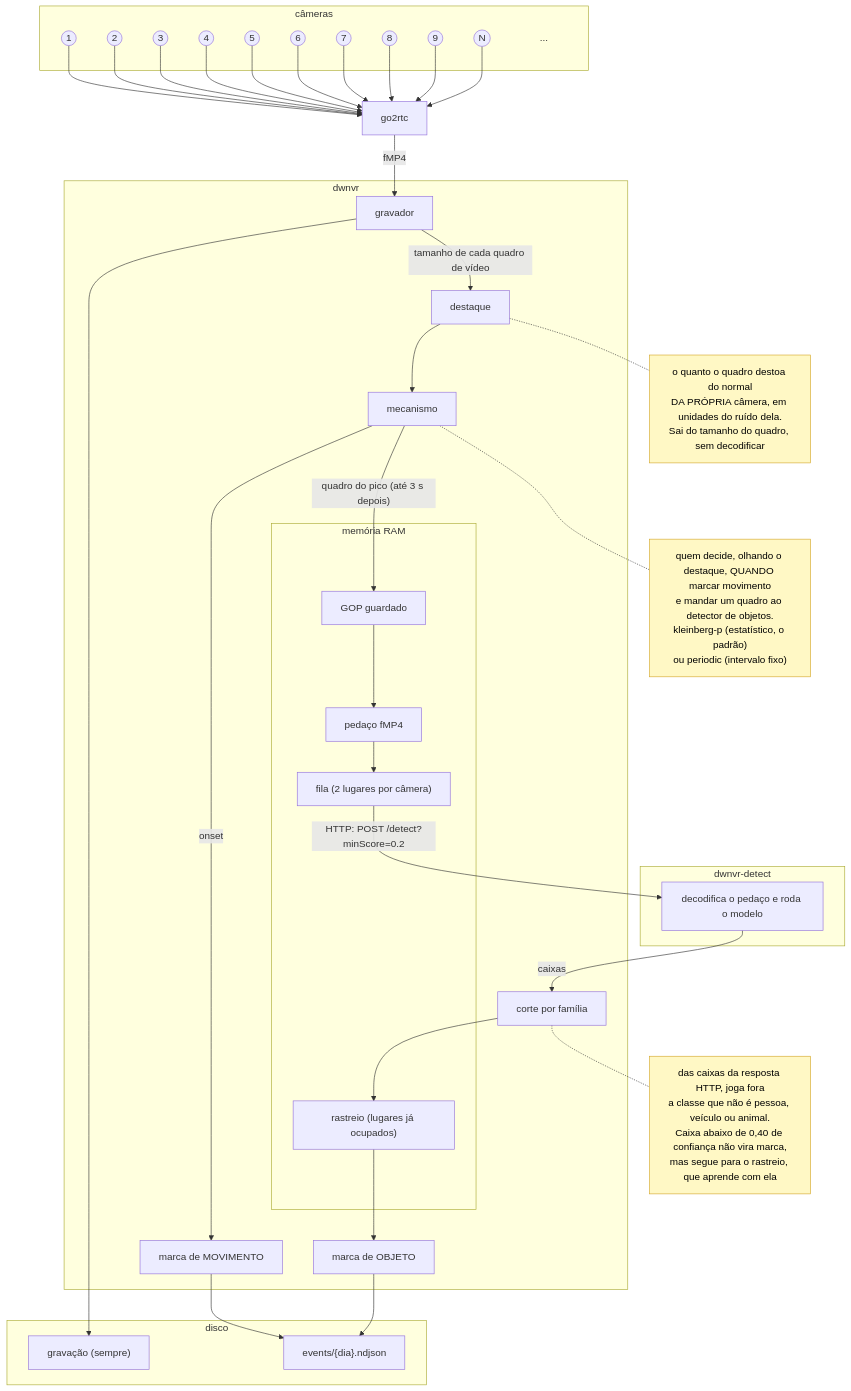
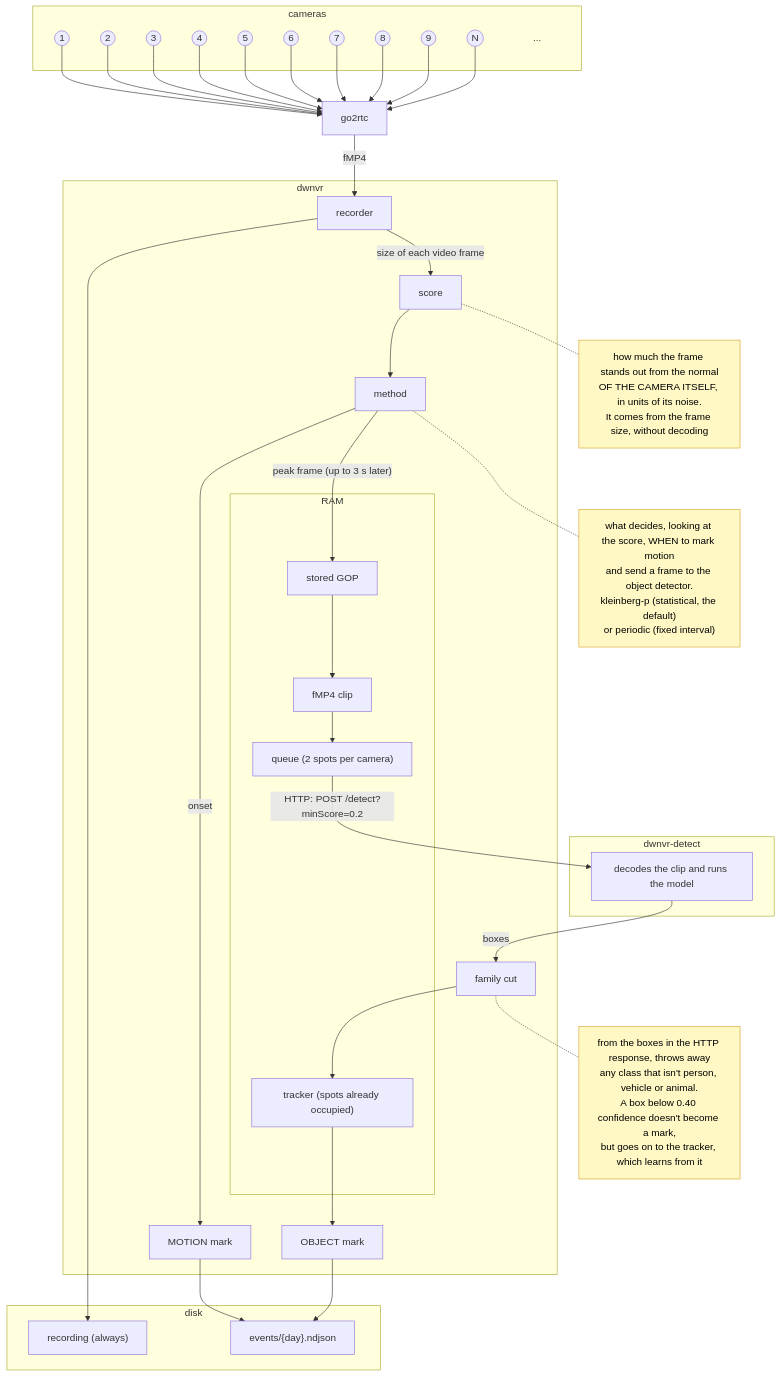
One commit to mhagnumdw/dwnvr changed the diagram in docs/detection.md. Above: the diagram before and after it, drawn with Mermaid. The commit also changed other lines of this file and 21 other files, not shown here.

````diff
--- a/docs/detection.md
+++ b/docs/detection.md
@@ -71,67 +72,67 @@
 ```mermaid
 flowchart TD
-    subgraph cameras["câmeras"]
+    subgraph cameras["cameras"]
         cam1((1))
         cam2((2))
         cam3((3))
         cam4((4))
         cam5((5))
         cam6((6))
         cam7((7))
         cam8((8))
         cam9((9))
-        camMais["..."]:::reticencias
+        camMore["..."]:::ellipsis
         camN((N))
     end
     cam1 & cam2 & cam3 & cam4 & cam5 & cam6 & cam7 & cam8 & cam9 & camN --> go2rtc
-    camMais ~~~ go2rtc
-    classDef reticencias fill:none,stroke:none
-    go2rtc -->|fMP4| gravador
+    camMore ~~~ go2rtc
+    classDef ellipsis fill:none,stroke:none
+    go2rtc -->|fMP4| recorder
 
     subgraph dwnvr
-        gravador
-        destaque
-        mecanismo
-        movimento["marca de MOVIMENTO"]
-        corte["corte por família"]
-        objeto["marca de OBJETO"]
+        recorder
+        score
+        method
+        motion["MOTION mark"]
+        cut["family cut"]
+        object["OBJECT mark"]
 
-        subgraph ram["memória RAM"]
-            gop["GOP guardado"]
-            pedaco["pedaço fMP4"]
-            fila["fila (2 lugares por câmera)"]
-            rastreio["rastreio (lugares já ocupados)"]
+        subgraph ram["RAM"]
+            gop["stored GOP"]
+            clip["fMP4 clip"]
+            queue["queue (2 spots per camera)"]
+            tracker["tracker (spots already occupied)"]
         end
     end
 
     subgraph sidecar["dwnvr-detect"]
-        modelo["decodifica o pedaço e roda o modelo"]
+        model["decodes the clip and runs the model"]
     end
 
-    subgraph disco
-        gravacao["gravação (sempre)"]
-        eventos["events/{dia}.ndjson"]
+    subgraph disk
+        recording["recording (always)"]
+        events["events/{day}.ndjson"]
     end
 
-    gravador --> gravacao
-    gravador -->|tamanho de cada quadro de vídeo| destaque
-    destaque --> mecanismo
-    mecanismo -->|onset| movimento
-    mecanismo -->|"quadro do pico (até 3 s depois)"| gop
-    gop --> pedaco
-    pedaco --> fila
-    fila -->|"HTTP: POST /detect?minScore=0.2"| modelo
-    modelo -->|caixas| corte
-    corte --> rastreio
-    rastreio --> objeto
-    movimento --> eventos
-    objeto --> eventos
+    recorder --> recording
+    recorder -->|size of each video frame| score
+    score --> method
+    method -->|onset| motion
+    method -->|"peak frame (up to 3 s later)"| gop
+    gop --> clip
+    clip --> queue
+    queue -->|"HTTP: POST /detect?minScore=0.2"| model
+    model -->|boxes| cut
+    cut --> tracker
+    tracker --> object
+    motion --> events
+    object --> events
 
-    notaDestaque["o quanto o quadro destoa do normal<br>DA PRÓPRIA câmera, em unidades do ruído dela.<br>Sai do tamanho do quadro, sem decodificar"]:::nota
-    destaque -.- notaDestaque
-    notaMecanismo["quem decide, olhando o destaque, QUANDO marcar movimento<br>e mandar um quadro ao detector de objetos.<br>kleinberg-p (estatístico, o padrão)<br>ou periodic (intervalo fixo)"]:::nota
-    mecanismo -.- notaMecanismo
-    notaCorte["das caixas da resposta HTTP, joga fora<br>a classe que não é pessoa, veículo ou animal.<br>Caixa abaixo de 0,40 de confiança não vira marca,<br>mas segue para o rastreio, que aprende com ela"]:::nota
-    corte -.- notaCorte
-    classDef nota fill:#fff8c5,stroke:#d4a72c,color:#000
+    noteScore["how much the frame stands out from the normal<br>OF THE CAMERA ITSELF, in units of its noise.<br>It comes from the frame size, without decoding"]:::note
+    score -.- noteScore
+    noteMethod["what decides, looking at the score, WHEN to mark motion<br>and send a frame to the object detector.<br>kleinberg-p (statistical, the default)<br>or periodic (fixed interval)"]:::note
+    method -.- noteMethod
+    noteCut["from the boxes in the HTTP response, throws away<br>any class that isn't person, vehicle or animal.<br>A box below 0.40 confidence doesn't become a mark,<br>but goes on to the tracker, which learns from it"]:::note
+    cut -.- noteCut
+    classDef note fill:#fff8c5,stroke:#d4a72c,color:#000
 ```
````
